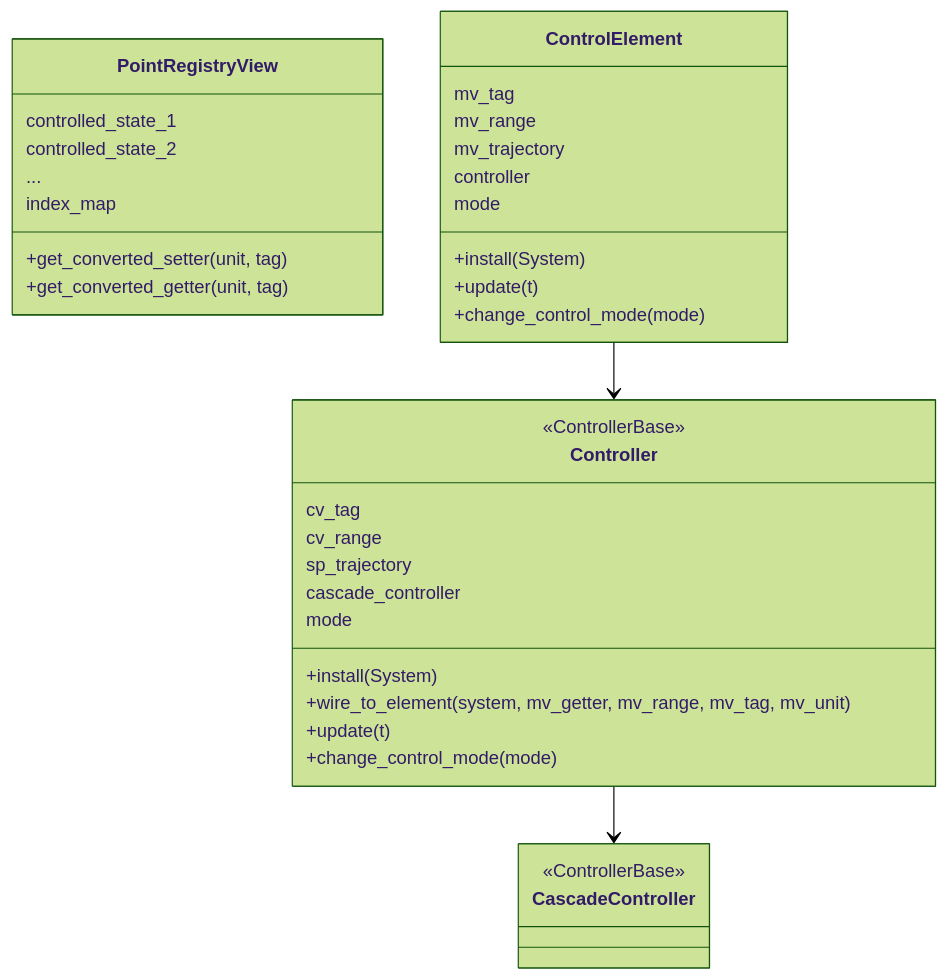
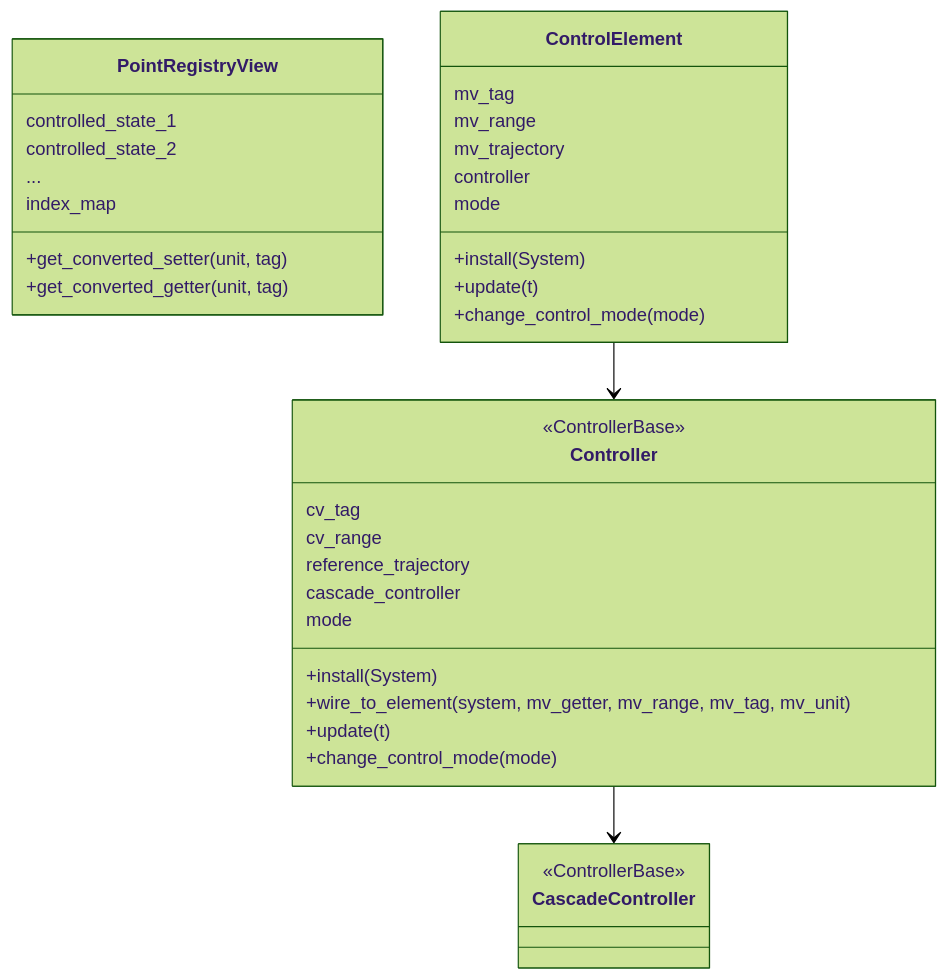
One commit to Aliuoly/modular-simulator changed the diagram in src/modular_simulation/components/control_system/controllers/wiring.md. Above: the diagram before and after it, drawn with Mermaid (forest theme). The commit also changed 133 other files, not shown here.

````diff
--- a/src/modular_simulation/components/control_system/controllers/wiring.md
+++ b/src/modular_simulation/components/control_system/controllers/wiring.md
@@ -1,39 +1,39 @@
 ```mermaid
 classDiagram
     direction TB
     class PointRegistryView {
         controlled_state_1
         controlled_state_2
         ...
         index_map
         +get_converted_setter(unit, tag)
         +get_converted_getter(unit, tag)
     }
     class ControlElement {
         mv_tag
         mv_range
         mv_trajectory
         controller
         mode
         +install(System)
         +update(t)
         +change_control_mode(mode)
     }
     class Controller {
         <<ControllerBase>>
         cv_tag
         cv_range
-        sp_trajectory
+        reference_trajectory
         cascade_controller
         mode
         +install(System)
         +wire_to_element(system, mv_getter, mv_range, mv_tag, mv_unit)
         +update(t)
         +change_control_mode(mode)
     }
     class CascadeController{
         <<ControllerBase>>
     }
     ControlElement -->  Controller
     Controller --> CascadeController
 ```
````
